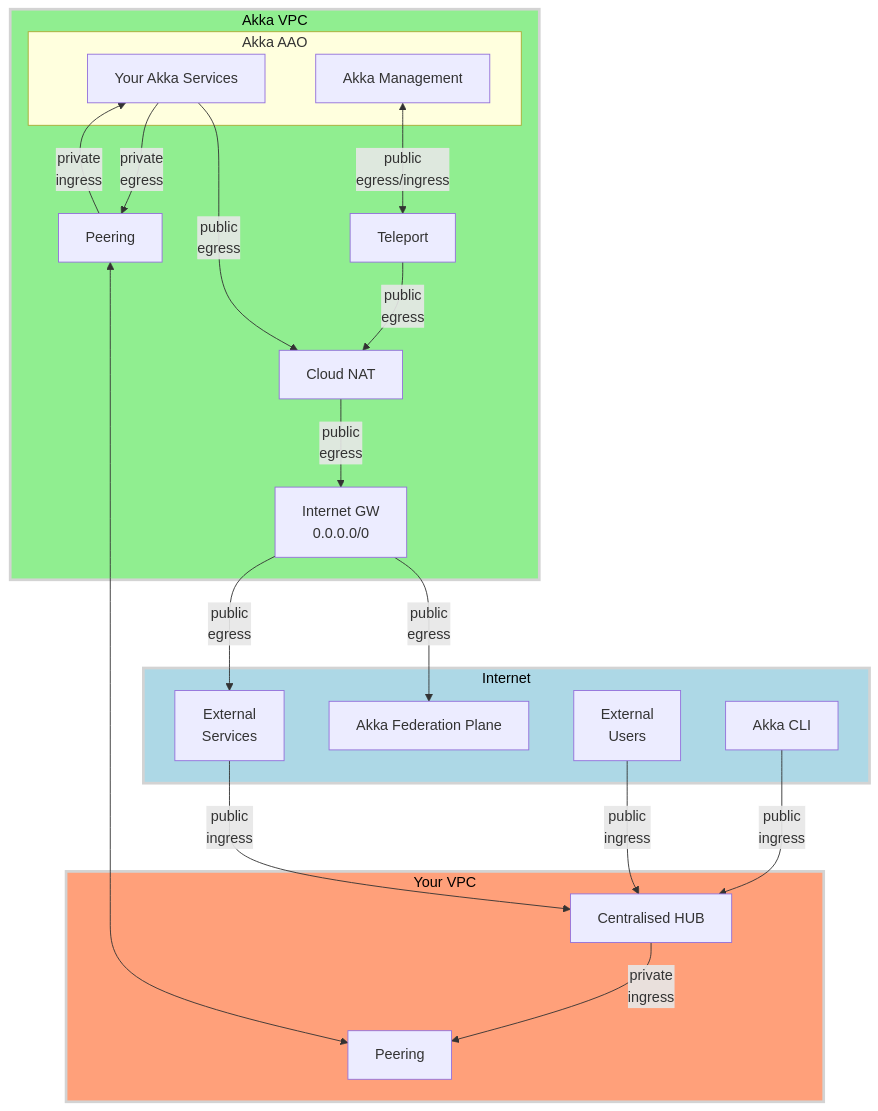
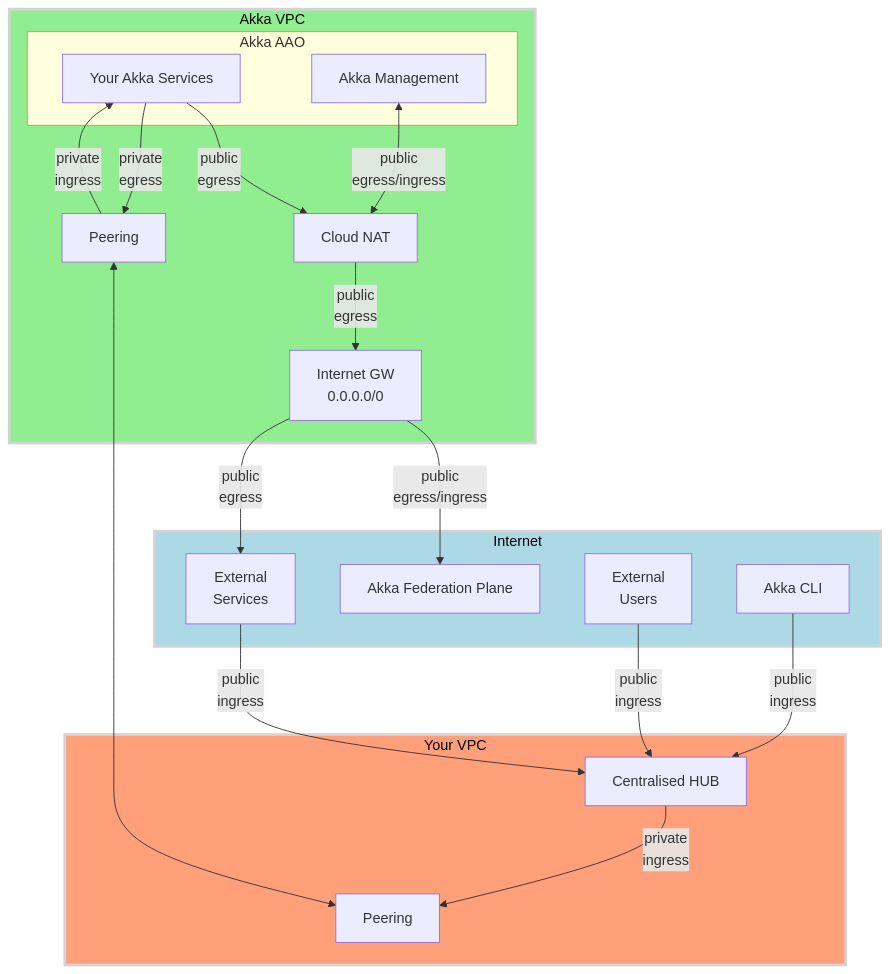
The second of 3 diagrams in hub-and-spoke.md (aklikic/aao), drawn with Mermaid before and after one commit.

Commit message:
Removing teleport specifics

````diff
--- a/hub-and-spoke.md
+++ b/hub-and-spoke.md
@@ -84,52 +84,50 @@
 ```mermaid
 ---
 config:
   theme: mc
   look: classic
 ---
 graph TB
 
     subgraph CUSTOMER_VPC[Your VPC]
         CUST_PEERING[Peering]
         HUB[Centralised HUB]
     end
 
     subgraph INT[Internet]
         AKKA_FED_PLAN[Akka Federation Plane]
         INT_SRVS[External<br>Services]
         USER[External<br>Users]
         ADMIN[Akka CLI]
     end
 
     subgraph AKKA_VPC[Akka VPC]
         subgraph AAO[Akka AAO]
             SRVS[Your Akka Services]
             AKKA_MGMT[Akka Management]
         end
         CLOUD_NAT[Cloud NAT]
-        TELEPORT[Teleport]
         INT_GW[Internet GW<br>0.0.0.0/0]
         AKKA_PEERING[Peering]
     end
 
-    AKKA_MGMT <--> |public<br>egress/ingress| TELEPORT
-    TELEPORT --> |public<br>egress| CLOUD_NAT
+    AKKA_MGMT <--> |public<br>egress/ingress| CLOUD_NAT
     CLOUD_NAT --> |public<br>egress| INT_GW
-    INT_GW --> |public<br>egress| AKKA_FED_PLAN
+    INT_GW --> |public<br>egress/ingress| AKKA_FED_PLAN
     INT_GW --> |public<br>egress| INT_SRVS
     SRVS --> |public<br>egress| CLOUD_NAT
 
     SRVS --> |private<br>egress| AKKA_PEERING
     AKKA_PEERING <--> CUST_PEERING
 
     ADMIN --> |public<br>ingress|HUB
 
     INT_SRVS --> |public<br>ingress|HUB
     USER --> |public<br>ingress|HUB
     HUB --> |private<br>ingress|CUST_PEERING
     AKKA_PEERING --> |private<br>ingress|SRVS
 
     style INT fill:lightblue,stroke:lightgray,stroke-width:3px,color:black
     style AKKA_VPC fill:lightgreen,stroke:lightgray,stroke-width:3px,color:black
     style CUSTOMER_VPC fill:lightsalmon,stroke:lightgray,stroke-width:3px,color:black
 ```
````
